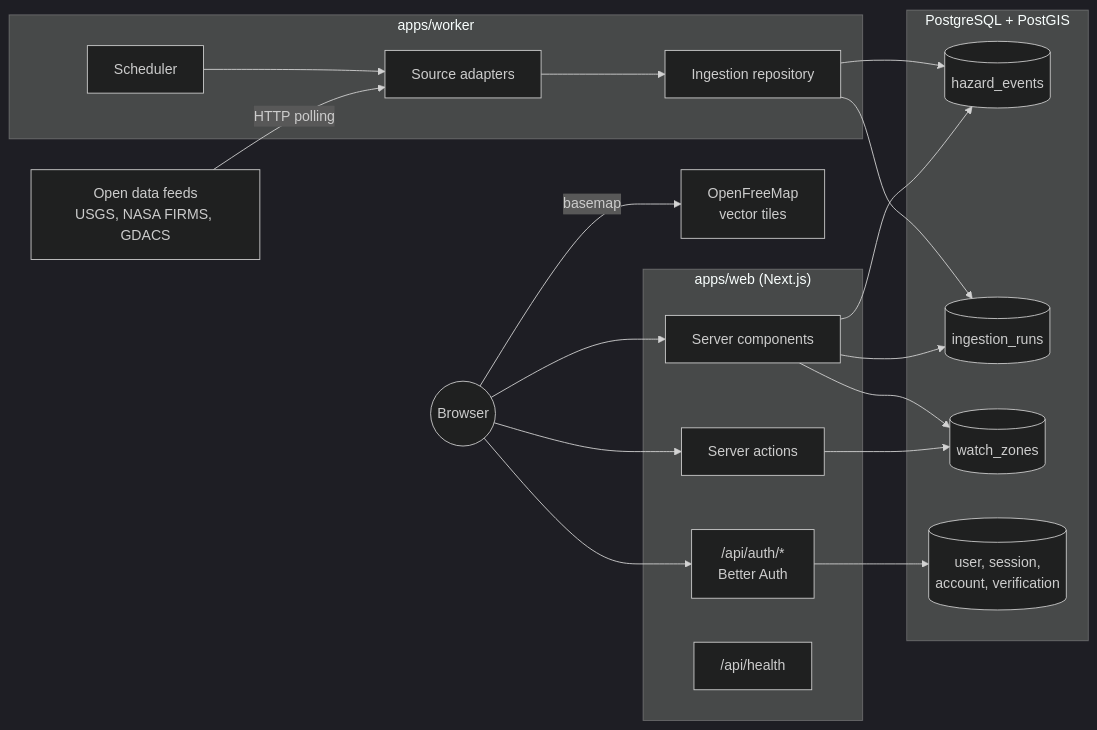
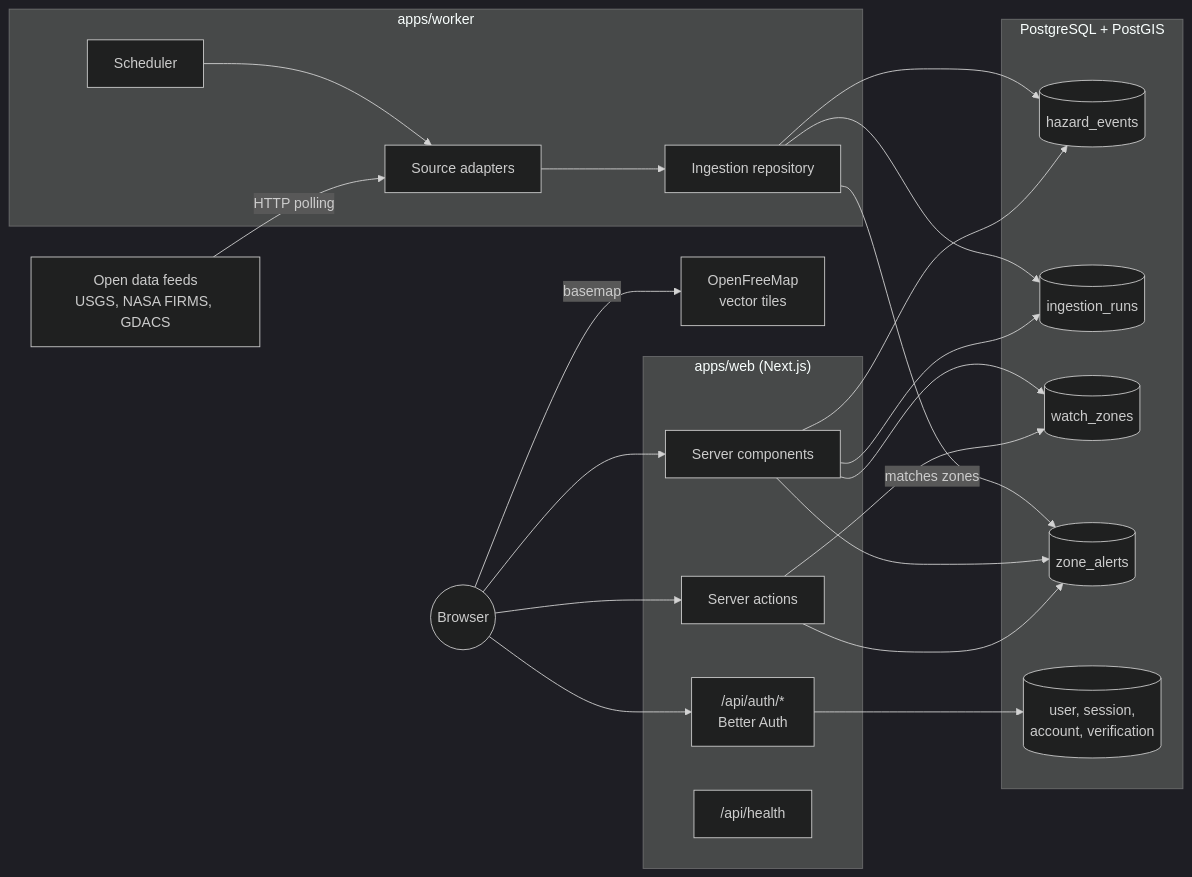
The first of 2 diagrams in docs/architecture.md (HIRATRA/hazardwatch), drawn with Mermaid (dark theme) before and after one commit. The commit also changed other lines of this file and 3 other files, not shown here.

First line of the commit message:
docs: document zone alerts

````diff
--- a/docs/architecture.md
+++ b/docs/architecture.md
@@ -13,38 +13,42 @@
 ```mermaid
 flowchart LR
     feeds["Open data feeds<br/>USGS, NASA FIRMS, GDACS"]
     browser(("Browser"))
     tiles["OpenFreeMap<br/>vector tiles"]
 
     subgraph worker ["apps/worker"]
         scheduler["Scheduler"] --> adapters["Source adapters"]
         adapters --> repository["Ingestion repository"]
     end
 
     subgraph web ["apps/web (Next.js)"]
         pages["Server components"]
         actions["Server actions"]
         authApi["/api/auth/*<br/>Better Auth"]
         health["/api/health"]
     end
 
     subgraph database ["PostgreSQL + PostGIS"]
         events[("hazard_events")]
         runs[("ingestion_runs")]
         zones[("watch_zones")]
+        alerts[("zone_alerts")]
         authTables[("user, session,<br/>account, verification")]
     end
 
     feeds -- "HTTP polling" --> adapters
     repository --> events
     repository --> runs
+    repository -- "matches zones" --> alerts
     browser --> pages
     browser --> actions
     browser --> authApi
     browser -- "basemap" --> tiles
     pages --> events
     pages --> runs
     pages --> zones
+    pages --> alerts
     actions --> zones
+    actions --> alerts
     authApi --> authTables
 ```
````
